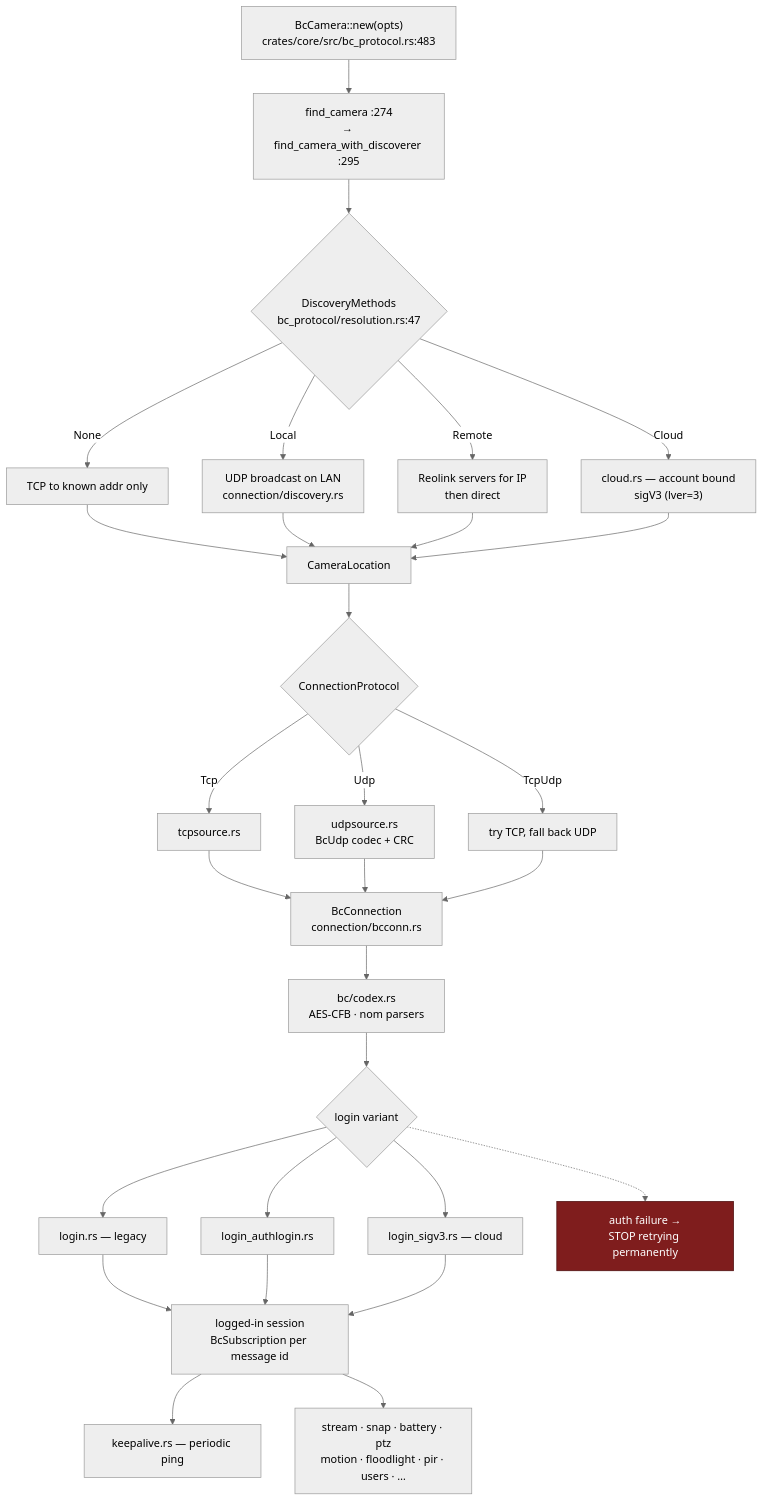
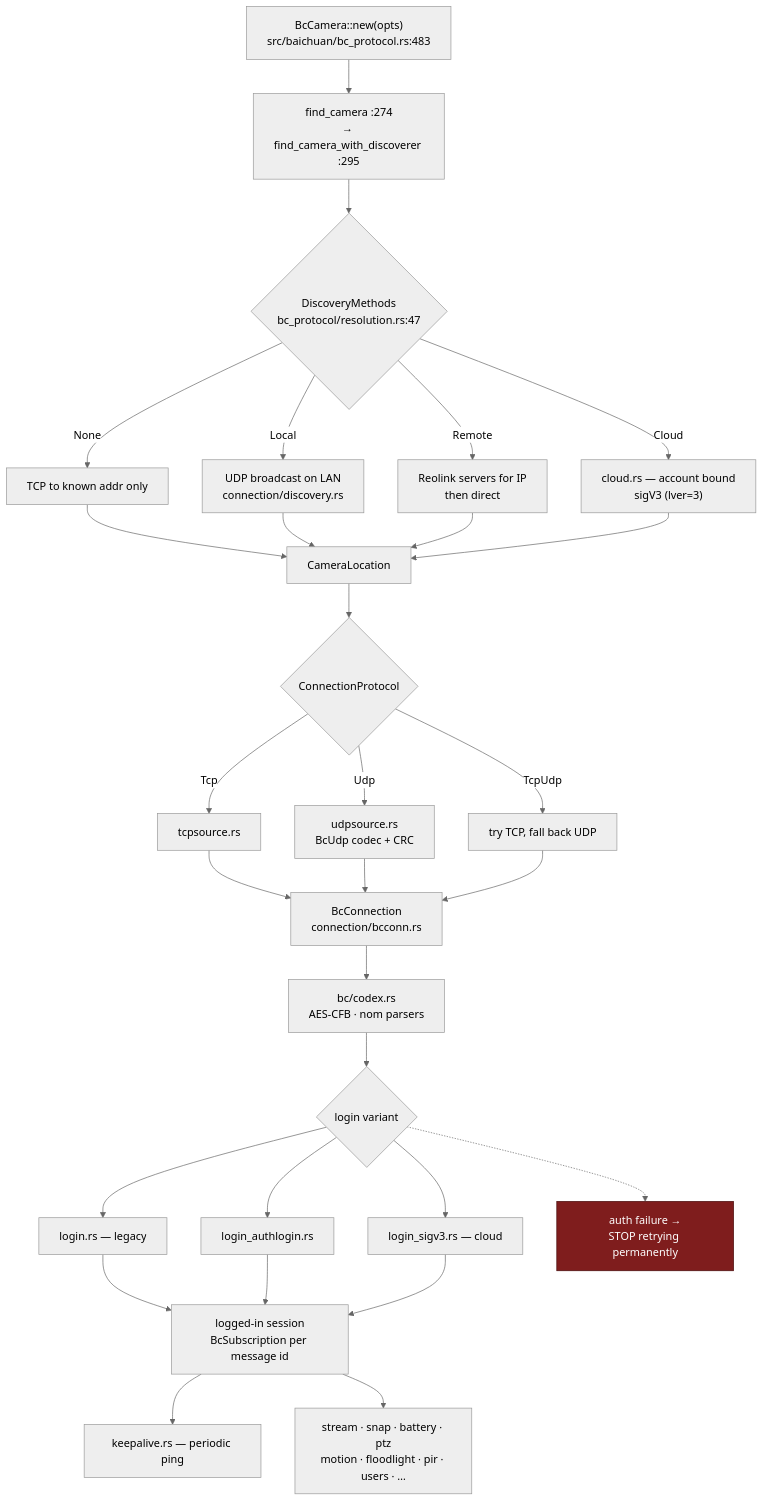
The ninth of 14 diagrams in docs/code-paths.md (hsoj/bairelay), drawn with Mermaid (neutral theme) before and after one commit. The commit also changed other lines of this file and 369 other files, not shown here.

````diff
--- a/docs/code-paths.md
+++ b/docs/code-paths.md
@@ -476,42 +476,42 @@
 ```mermaid
 flowchart TD
-    NEW["BcCamera::new(opts)<br/>crates/core/src/bc_protocol.rs:483"]
+    NEW["BcCamera::new(opts)<br/>src/baichuan/bc_protocol.rs:483"]
     NEW --> FIND["find_camera :274<br/>→ find_camera_with_discoverer :295"]
 
     FIND --> DM{"DiscoveryMethods<br/>bc_protocol/resolution.rs:47"}
     DM -->|None| TCPONLY["TCP to known addr only"]
     DM -->|Local| BCAST["UDP broadcast on LAN<br/>connection/discovery.rs"]
     DM -->|Remote| REOL["Reolink servers for IP<br/>then direct"]
     DM -->|Cloud| CLOUD["cloud.rs — account bound<br/>sigV3 (lver=3)"]
 
     TCPONLY --> LOC["CameraLocation"]
     BCAST --> LOC
     REOL --> LOC
     CLOUD --> LOC
 
     LOC --> CONN{"ConnectionProtocol"}
     CONN -->|Tcp| TS["tcpsource.rs"]
     CONN -->|Udp| US["udpsource.rs<br/>BcUdp codec + CRC"]
     CONN -->|TcpUdp| BOTH["try TCP, fall back UDP"]
 
     TS --> BCONN["BcConnection<br/>connection/bcconn.rs"]
     US --> BCONN
     BOTH --> BCONN
 
     BCONN --> CODEX["bc/codex.rs<br/>AES-CFB · nom parsers"]
     CODEX --> LOGIN{"login variant"}
     LOGIN --> L1["login.rs — legacy"]
     LOGIN --> L2["login_authlogin.rs"]
     LOGIN --> L3["login_sigv3.rs — cloud"]
 
     L1 --> SESS["logged-in session<br/>BcSubscription per message id"]
     L2 --> SESS
     L3 --> SESS
 
     SESS --> KA["keepalive.rs — periodic ping"]
     SESS --> OPS["stream · snap · battery · ptz<br/>motion · floodlight · pir · users · …"]
 
     classDef fail fill:#7f1d1d,stroke:#450a0a,color:#fff
     AUTHFAIL["auth failure →<br/>STOP retrying permanently"]:::fail
     LOGIN -.-> AUTHFAIL
 ```
````
